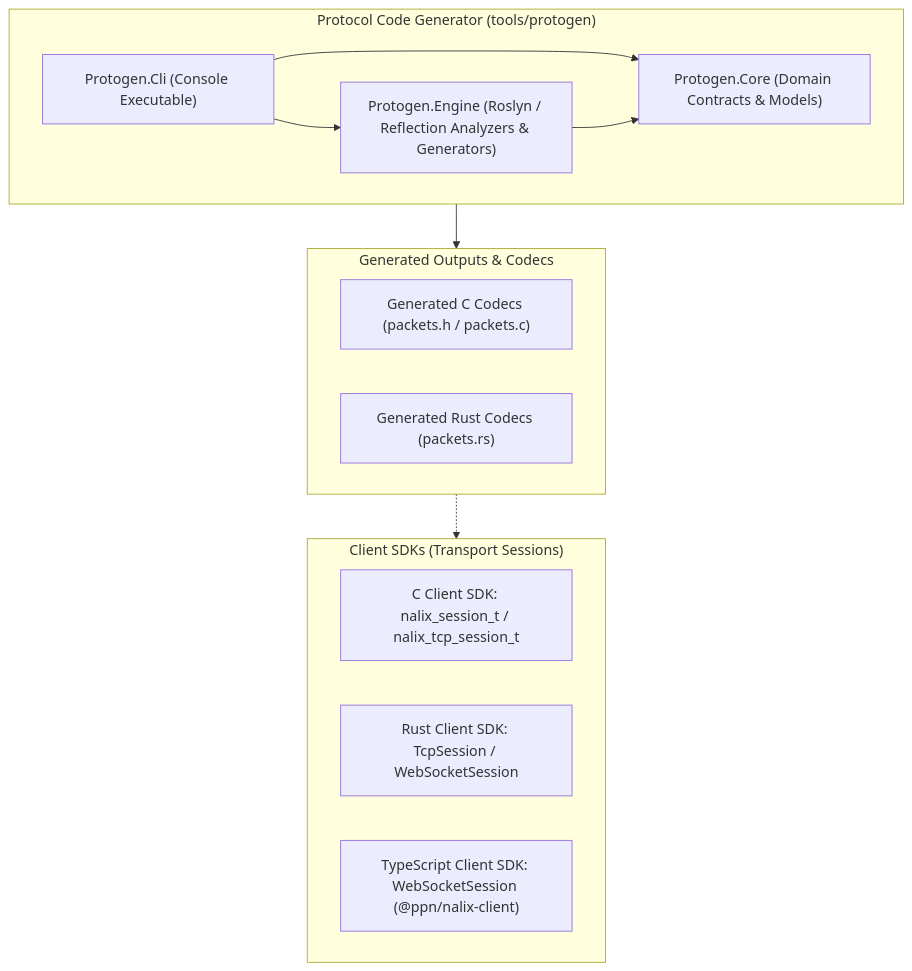
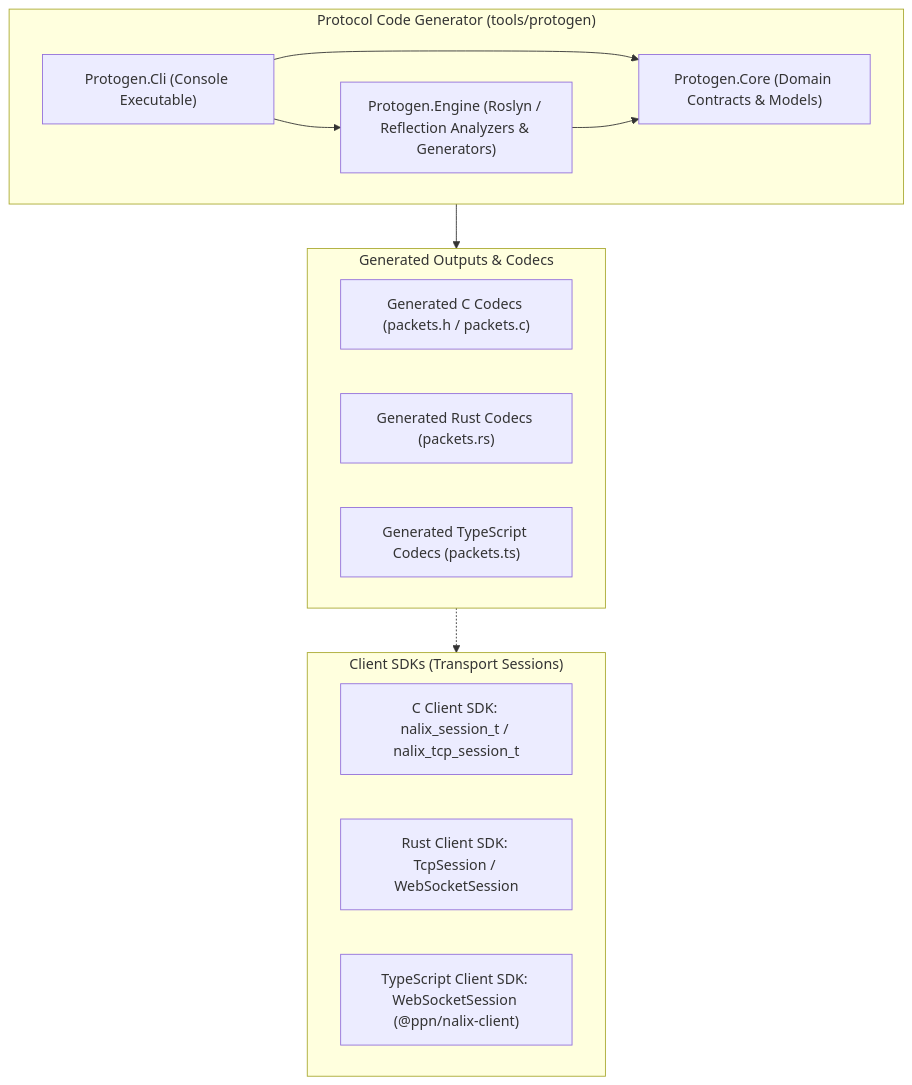
Before and after one commit to ppn-systems/nalix-native: the first of 3 diagrams in docs/ARCHITECTURE.md, drawn with Mermaid. The commit also changed other lines of this file and 13 other files, not shown here.

Commit message:
feat(protogen): add TypeScript code generator and examples/ts package

````diff
--- a/docs/ARCHITECTURE.md
+++ b/docs/ARCHITECTURE.md
@@ -11,25 +11,26 @@
 ```mermaid
 graph TD
     subgraph Clients ["Client SDKs (Transport Sessions)"]
         ClientC["C Client SDK: nalix_session_t / nalix_tcp_session_t"]
         ClientRust["Rust Client SDK: TcpSession / WebSocketSession"]
         ClientTS["TypeScript Client SDK: WebSocketSession (@ppn/nalix-client)"]
     end
 
     subgraph Tooling ["Protocol Code Generator (tools/protogen)"]
         CLI["Protogen.Cli (Console Executable)"]
         Core["Protogen.Core (Domain Contracts & Models)"]
         Engine["Protogen.Engine (Roslyn / Reflection Analyzers & Generators)"]
         CLI --> Core
         CLI --> Engine
         Engine --> Core
     end
 
     subgraph Outputs ["Generated Outputs & Codecs"]
         CCodecs["Generated C Codecs (packets.h / packets.c)"]
         RustCodecs["Generated Rust Codecs (packets.rs)"]
+        TSCodecs["Generated TypeScript Codecs (packets.ts)"]
     end
 
     Tooling --> Outputs
     Outputs -.-> Clients
 ```
````
